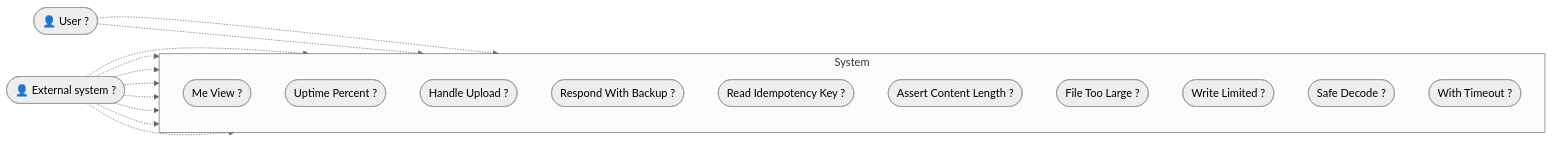
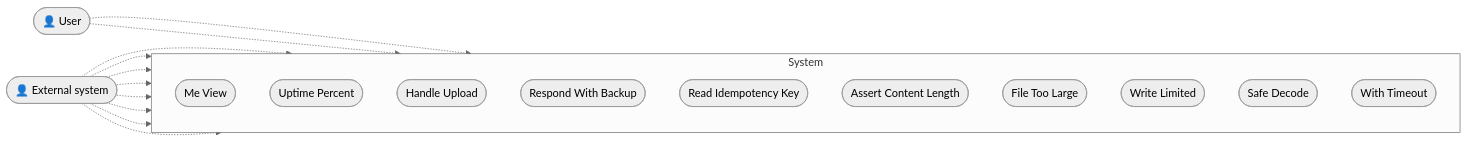
Before and after one commit to SamanFekri/GotYouBro: the diagram in umlflow/usecase/system-usecases.mmd, drawn with Mermaid (neutral theme). The commit also changed 4 other files, not shown here.

Commit message:
feat: update UMLFlow diagrams and semantics for improved clarity and accuracy

```diff
--- a/umlflow/usecase/system-usecases.mmd
+++ b/umlflow/usecase/system-usecases.mmd
@@ -1,29 +1,29 @@
 %% System Usecases
 %% Generated by UMLFlow from the source code. Do not edit: this file is a mirror of
 %% .umlflow/diagrams/system-usecases.md and is overwritten on every `umlflow update`.
 flowchart LR
-  actor_external_system(["👤 External system ?"])
-  actor_user(["👤 User ?"])
+  actor_external_system(["👤 External system"])
+  actor_user(["👤 User"])
   subgraph system ["System"]
     direction TB
-    uc_routes_server_src_api_v1_app_me_view(["Me View ?"])
-    uc_routes_server_src_api_v1_app_uptime_percent(["Uptime Percent ?"])
-    uc_routes_server_src_api_v1_backups_handle_upload(["Handle Upload ?"])
-    uc_routes_server_src_api_v1_backups_respond_with_backup(["Respond With Backup ?"])
-    uc_routes_server_src_api_v1_backups_read_idempotency_key(["Read Idempotency Key ?"])
-    uc_routes_server_src_api_v1_backups_assert_content_length(["Assert Content Length ?"])
-    uc_routes_server_src_api_v1_backups_file_too_large(["File Too Large ?"])
-    uc_routes_server_src_api_v1_backups_write_limited(["Write Limited ?"])
-    uc_routes_server_src_api_v1_backups_safe_decode(["Safe Decode ?"])
-    uc_routes_server_src_api_v1_backups_with_timeout(["With Timeout ?"])
+    uc_routes_server_src_api_v1_app_me_view(["Me View"])
+    uc_routes_server_src_api_v1_app_uptime_percent(["Uptime Percent"])
+    uc_routes_server_src_api_v1_backups_handle_upload(["Handle Upload"])
+    uc_routes_server_src_api_v1_backups_respond_with_backup(["Respond With Backup"])
+    uc_routes_server_src_api_v1_backups_read_idempotency_key(["Read Idempotency Key"])
+    uc_routes_server_src_api_v1_backups_assert_content_length(["Assert Content Length"])
+    uc_routes_server_src_api_v1_backups_file_too_large(["File Too Large"])
+    uc_routes_server_src_api_v1_backups_write_limited(["Write Limited"])
+    uc_routes_server_src_api_v1_backups_safe_decode(["Safe Decode"])
+    uc_routes_server_src_api_v1_backups_with_timeout(["With Timeout"])
   end
   actor_user -.-> uc_routes_server_src_api_v1_app_me_view
   actor_user -.-> uc_routes_server_src_api_v1_app_uptime_percent
   actor_external_system -.-> uc_routes_server_src_api_v1_backups_handle_upload
   actor_external_system -.-> uc_routes_server_src_api_v1_backups_respond_with_backup
   actor_external_system -.-> uc_routes_server_src_api_v1_backups_read_idempotency_key
   actor_external_system -.-> uc_routes_server_src_api_v1_backups_assert_content_length
   actor_external_system -.-> uc_routes_server_src_api_v1_backups_file_too_large
   actor_external_system -.-> uc_routes_server_src_api_v1_backups_write_limited
   actor_external_system -.-> uc_routes_server_src_api_v1_backups_safe_decode
   actor_external_system -.-> uc_routes_server_src_api_v1_backups_with_timeout
```
